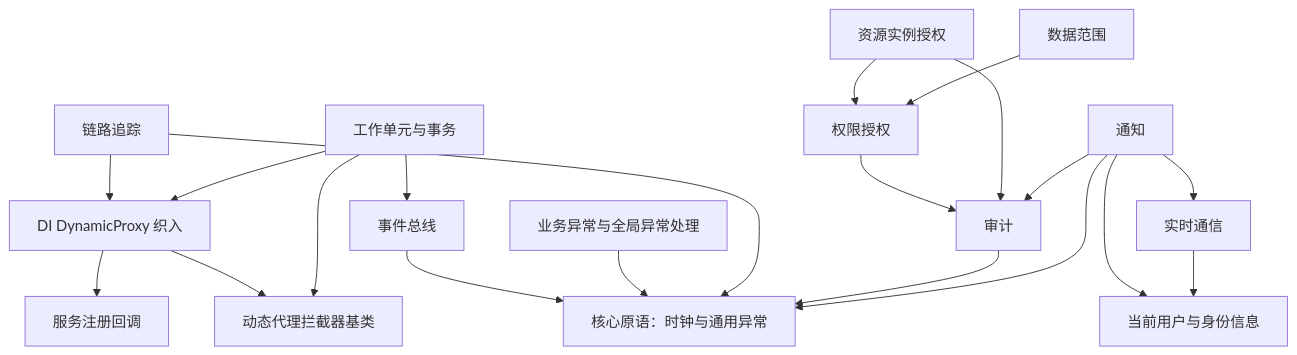
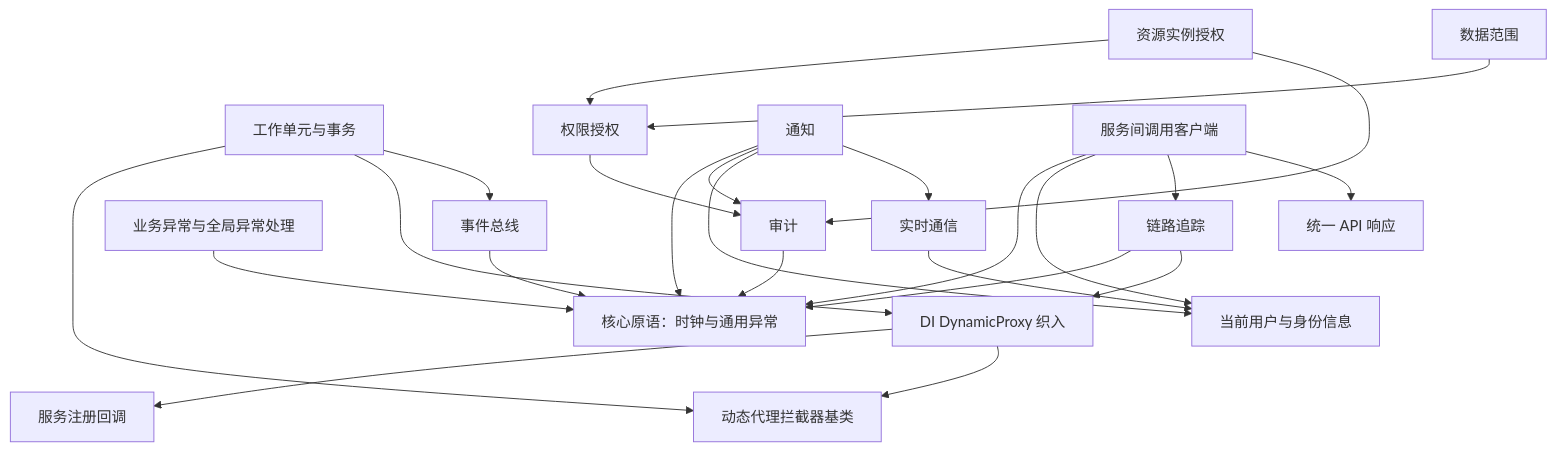
One commit to zengqinglei/leistd-net changed the diagram in framework/docs/components/README.md. Above: the diagram before and after it, drawn with Mermaid. The commit also changed other lines of this file and 38 other files, not shown here.

First line of the commit message:
feat(framework): 新增 service-client 组件家族

````diff
--- a/framework/docs/components/README.md
+++ b/framework/docs/components/README.md
@@ -32,25 +33,30 @@
 ```mermaid
 graph TD
     dependency-injection-dynamic-proxy[DI DynamicProxy 织入] --> dependency-injection[服务注册回调]
     dependency-injection-dynamic-proxy --> aop[动态代理拦截器基类]
 
     event-bus[事件总线] --> core[核心原语：时钟与通用异常]
     exception[业务异常与全局异常处理] --> core
     tracing[链路追踪] --> core
     tracing --> dependency-injection-dynamic-proxy
 
     unit-of-work[工作单元与事务] --> aop
     unit-of-work --> dependency-injection-dynamic-proxy
     unit-of-work --> event-bus
 
     auditing[审计] --> core
     authorization[权限授权] --> auditing
     authorizationResource[资源实例授权] --> authorization
     authorizationResource --> auditing
     authorizationDataScope[数据范围] --> authorization
     notifications[通知] --> core
     notifications --> auditing
     notifications --> security[当前用户与身份信息]
     notifications --> realtime[实时通信]
     realtime --> security
+
+    serviceClient[服务间调用客户端] --> core
+    serviceClient --> security
+    serviceClient --> tracing
+    serviceClient --> response[统一 API 响应]
 ```
````
